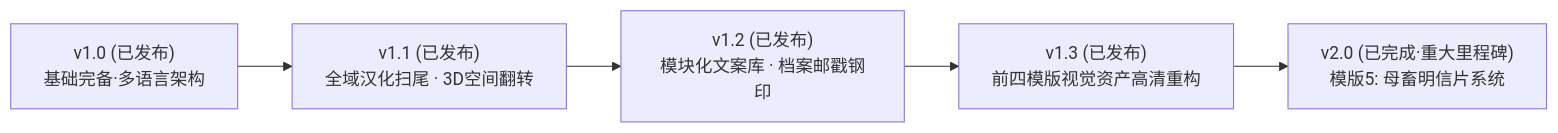
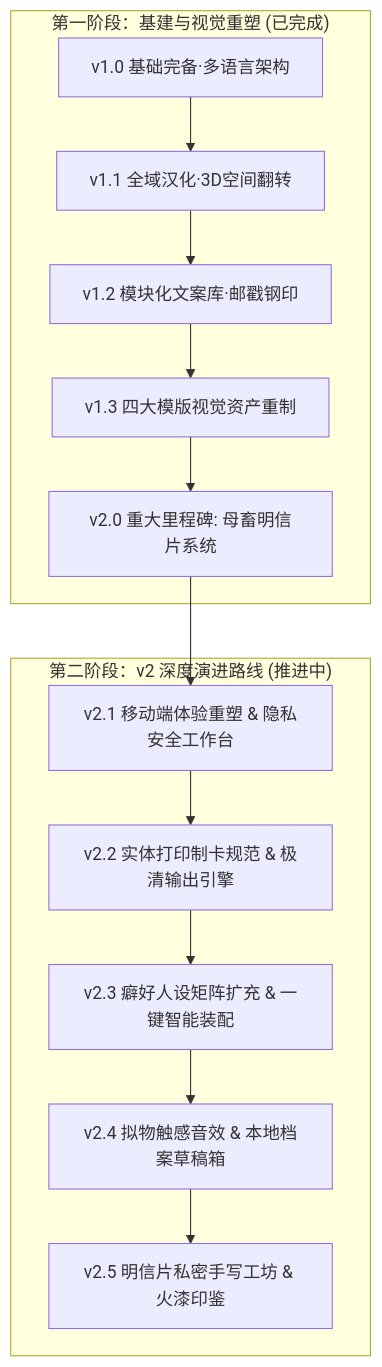
Before and after one commit to AmberCH872/Slut-ID-Generator: the diagram in Roadmap.md, drawn with Mermaid. The commit also changed other lines of this file and 12 other files, not shown here.

````diff
--- a/Roadmap.md
+++ b/Roadmap.md
@@ -11,7 +11,17 @@
 ```mermaid
-flowchart LR
-    A["v1.0 (已发布)<br>基础完备·多语言架构"] --> B["v1.1 (已发布)<br>全域汉化扫尾 · 3D空间翻转"]
-    B --> C["v1.2 (已发布)<br>模块化文案库 · 档案邮戳钢印"]
-    C --> D["v1.3 (已发布)<br>前四模版视觉资产高清重构"]
-    D --> E["v2.0 (已完成·重大里程碑)<br>模版5: 母畜明信片系统"]
+flowchart TD
+    subgraph Phase1["第一阶段：基建与视觉重塑 (已完成)"]
+        v10["v1.0 基础完备·多语言架构"] --> v11["v1.1 全域汉化·3D空间翻转"]
+        v11 --> v12["v1.2 模块化文案库·邮戳钢印"]
+        v12 --> v13["v1.3 四大模版视觉资产重制"]
+        v13 --> v20["v2.0 重大里程碑: 母畜明信片系统"]
+    end
+
+    subgraph Phase2["第二阶段：v2 深度演进路线 (推进中)"]
+        v20 --> v21["v2.1 移动端体验重塑 & 隐私安全工作台"]
+        v21 --> v22["v2.2 实体打印制卡规范 & 极清输出引擎"]
+        v22 --> v23["v2.3 癖好人设矩阵扩充 & 一键智能装配"]
+        v23 --> v24["v2.4 拟物触感音效 & 本地档案草稿箱"]
+        v24 --> v25["v2.5 明信片私密手写工坊 & 火漆印鉴"]
+    end
 ```
````
